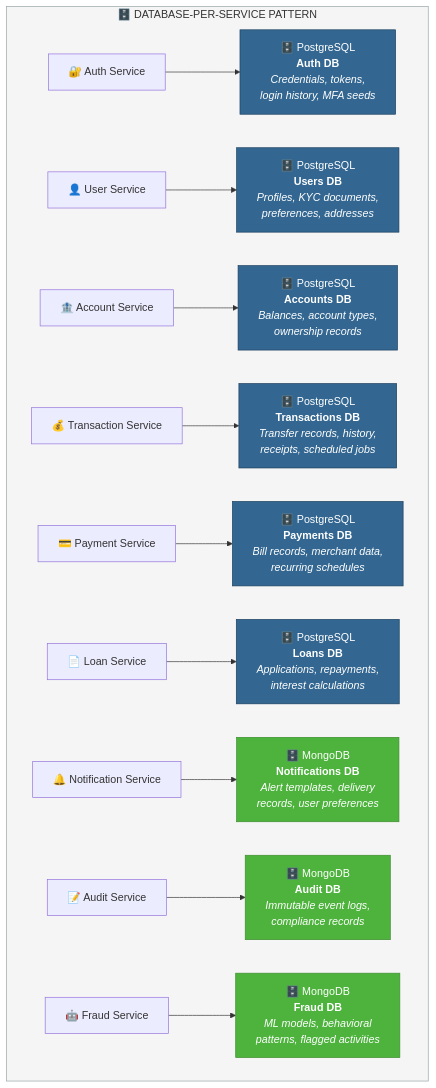
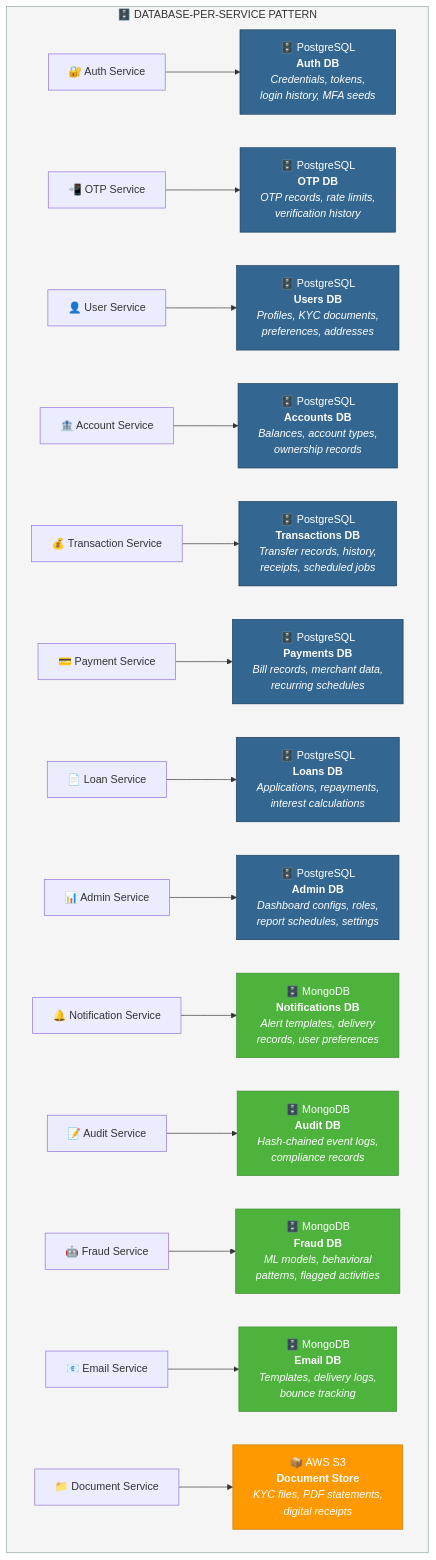
One commit to sandaruns2004/Duthon_6.0_BigBug changed the fifth of 9 diagrams in Docs/system_architecture.md. Above: the diagram before and after it, drawn with Mermaid. The commit also changed other lines of this file and 13 other files, not shown here.

````diff
--- a/Docs/system_architecture.md
+++ b/Docs/system_architecture.md
@@ -252,25 +315,33 @@
 ```mermaid
 graph TD
     subgraph DPS["🗄️ DATABASE-PER-SERVICE PATTERN"]
         AUTH3["🔐 Auth Service"] --> DB_AUTH["🗄️ PostgreSQL<br/><b>Auth DB</b><br/><i>Credentials, tokens,<br/>login history, MFA seeds</i>"]
+        OTP3["📲 OTP Service"] --> DB_OTP["🗄️ PostgreSQL<br/><b>OTP DB</b><br/><i>OTP records, rate limits,<br/>verification history</i>"]
         USER3["👤 User Service"] --> DB_USER["🗄️ PostgreSQL<br/><b>Users DB</b><br/><i>Profiles, KYC documents,<br/>preferences, addresses</i>"]
         ACC3["🏦 Account Service"] --> DB_ACC["🗄️ PostgreSQL<br/><b>Accounts DB</b><br/><i>Balances, account types,<br/>ownership records</i>"]
         TXN3["💰 Transaction Service"] --> DB_TXN["🗄️ PostgreSQL<br/><b>Transactions DB</b><br/><i>Transfer records, history,<br/>receipts, scheduled jobs</i>"]
         PAY3["💳 Payment Service"] --> DB_PAY["🗄️ PostgreSQL<br/><b>Payments DB</b><br/><i>Bill records, merchant data,<br/>recurring schedules</i>"]
         LOAN3["📄 Loan Service"] --> DB_LOAN["🗄️ PostgreSQL<br/><b>Loans DB</b><br/><i>Applications, repayments,<br/>interest calculations</i>"]
+        ADMIN3["📊 Admin Service"] --> DB_ADMIN["🗄️ PostgreSQL<br/><b>Admin DB</b><br/><i>Dashboard configs, roles,<br/>report schedules, settings</i>"]
         NOTIF3["🔔 Notification Service"] --> DB_NOTIF["🗄️ MongoDB<br/><b>Notifications DB</b><br/><i>Alert templates, delivery<br/>records, user preferences</i>"]
-        AUDIT3["📝 Audit Service"] --> DB_AUDIT["🗄️ MongoDB<br/><b>Audit DB</b><br/><i>Immutable event logs,<br/>compliance records</i>"]
+        AUDIT3["📝 Audit Service"] --> DB_AUDIT["🗄️ MongoDB<br/><b>Audit DB</b><br/><i>Hash-chained event logs,<br/>compliance records</i>"]
         FRAUD3["🤖 Fraud Service"] --> DB_FRAUD["🗄️ MongoDB<br/><b>Fraud DB</b><br/><i>ML models, behavioral<br/>patterns, flagged activities</i>"]
+        EMAIL3["📧 Email Service"] --> DB_EMAIL["🗄️ MongoDB<br/><b>Email DB</b><br/><i>Templates, delivery logs,<br/>bounce tracking</i>"]
+        DOC3["📁 Document Service"] --> DB_DOC["📦 AWS S3<br/><b>Document Store</b><br/><i>KYC files, PDF statements,<br/>digital receipts</i>"]
     end
     
     style DPS fill:#f5f5f5,stroke:#95a5a6
     style DB_AUTH fill:#336791,stroke:#1a3d5c,color:#fff
+    style DB_OTP fill:#336791,stroke:#1a3d5c,color:#fff
     style DB_USER fill:#336791,stroke:#1a3d5c,color:#fff
     style DB_ACC fill:#336791,stroke:#1a3d5c,color:#fff
     style DB_TXN fill:#336791,stroke:#1a3d5c,color:#fff
     style DB_PAY fill:#336791,stroke:#1a3d5c,color:#fff
     style DB_LOAN fill:#336791,stroke:#1a3d5c,color:#fff
+    style DB_ADMIN fill:#336791,stroke:#1a3d5c,color:#fff
     style DB_NOTIF fill:#4db33d,stroke:#3c8c2e,color:#fff
     style DB_AUDIT fill:#4db33d,stroke:#3c8c2e,color:#fff
     style DB_FRAUD fill:#4db33d,stroke:#3c8c2e,color:#fff
+    style DB_EMAIL fill:#4db33d,stroke:#3c8c2e,color:#fff
+    style DB_DOC fill:#ff9900,stroke:#cc7a00,color:#fff
 ```
````
